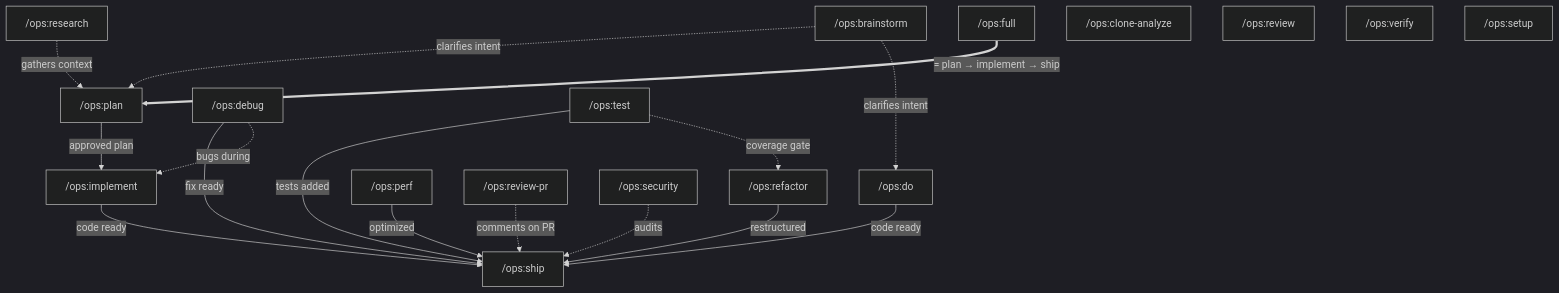
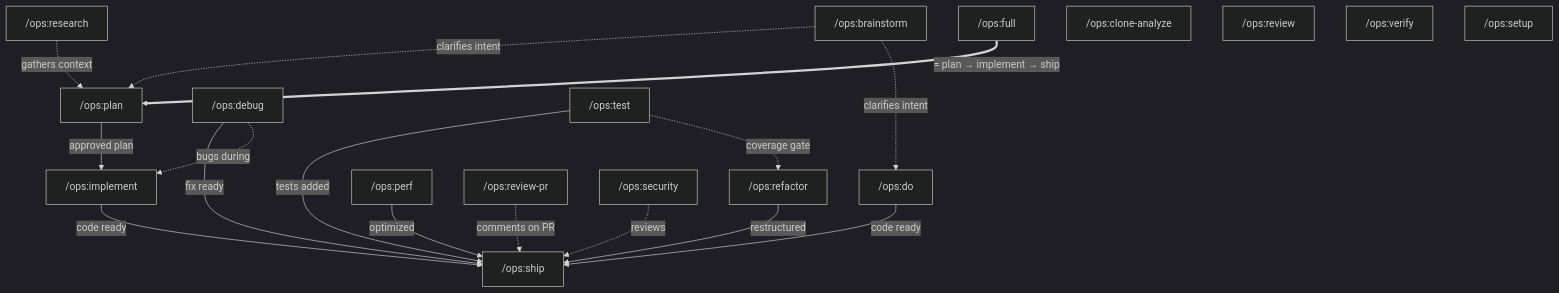
One commit to gigi206/ops changed the first of 15 diagrams in README.md. Above: the diagram before and after it, drawn with Mermaid (dark theme). The commit also changed other lines of this file, not shown here.

````diff
--- a/README.md
+++ b/README.md
@@ -45,39 +45,39 @@
 ```mermaid
 flowchart TD
     %% Pre-work
     brainstorm["/ops:brainstorm"] -.->|clarifies intent| plan
     brainstorm -.->|clarifies intent| do
     research["/ops:research"] -.->|gathers context| plan
 
     %% Main pipeline
     plan["/ops:plan"] -->|approved plan| implement["/ops:implement"]
     implement -->|code ready| ship["/ops:ship"]
 
     %% Full chains the main pipeline
     full["/ops:full"] ==>|"= plan → implement → ship"| plan
 
     %% Lightweight alternative
     do["/ops:do"] -->|code ready| ship
 
     %% Bug fixing
     debug["/ops:debug"] -->|fix ready| ship
     debug -.->|bugs during| implement
 
     %% Testing & refactoring
     test["/ops:test"] -->|tests added| ship
     test -.->|coverage gate| refactor
     refactor["/ops:refactor"] -->|restructured| ship
 
     %% Performance
     perf["/ops:perf"] -->|optimized| ship
 
     %% Reviews & audits
     review-pr["/ops:review-pr"] -.->|comments on PR| ship
-    security["/ops:security"] -.->|audits| ship
+    security["/ops:security"] -.->|reviews| ship
 
     %% Always active or standalone (no edges — behavioral or independent)
     clone-analyze["/ops:clone-analyze"]
     review["/ops:review"]
     verify["/ops:verify"]
     setup["/ops:setup"]
 ```
````
